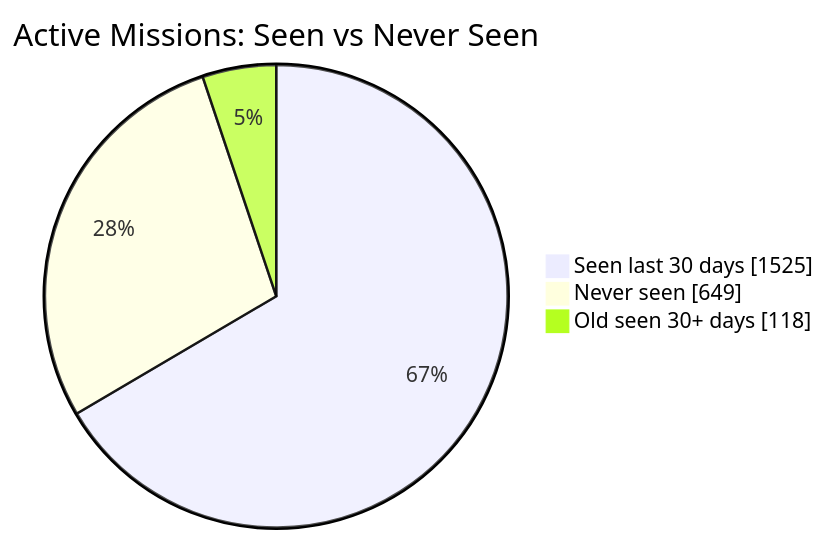
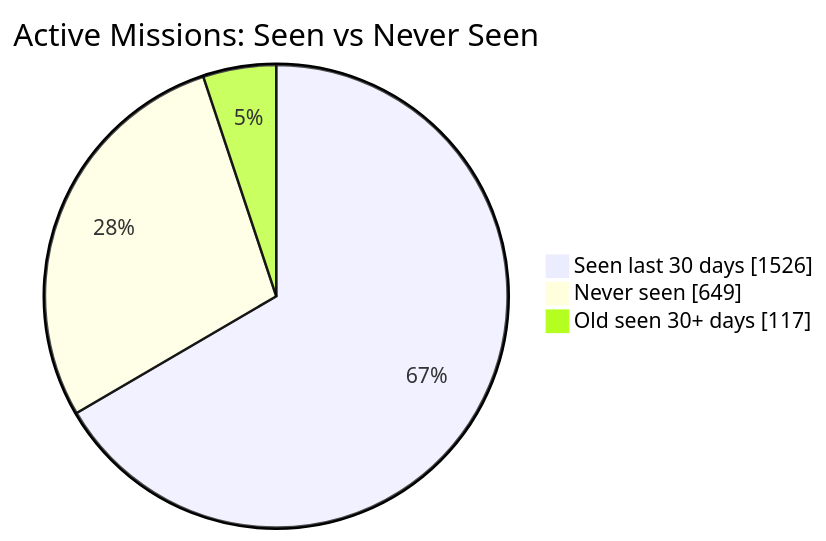
Before and after one commit to MeldkamerspelGameTeam/active-missions: the first of 2 diagrams in README.md, drawn with Mermaid. The commit also changed other lines of this file and 2 other files, not shown here.

````diff
--- a/README.md
+++ b/README.md
@@ -34,7 +34,7 @@
 ```mermaid
 pie showData
     title Active Missions: Seen vs Never Seen
-    "Seen last 30 days" : 1525
+    "Seen last 30 days" : 1526
     "Never seen" : 649
-    "Old seen 30+ days" : 118
+    "Old seen 30+ days" : 117
 ```
````
